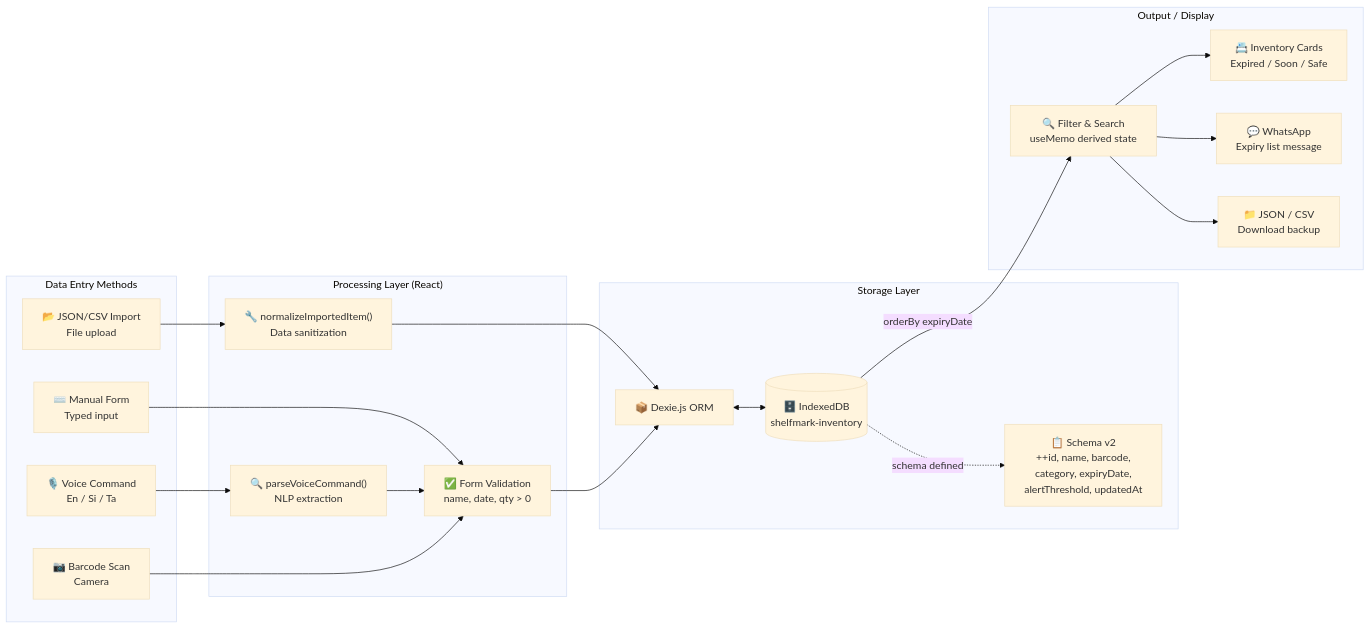
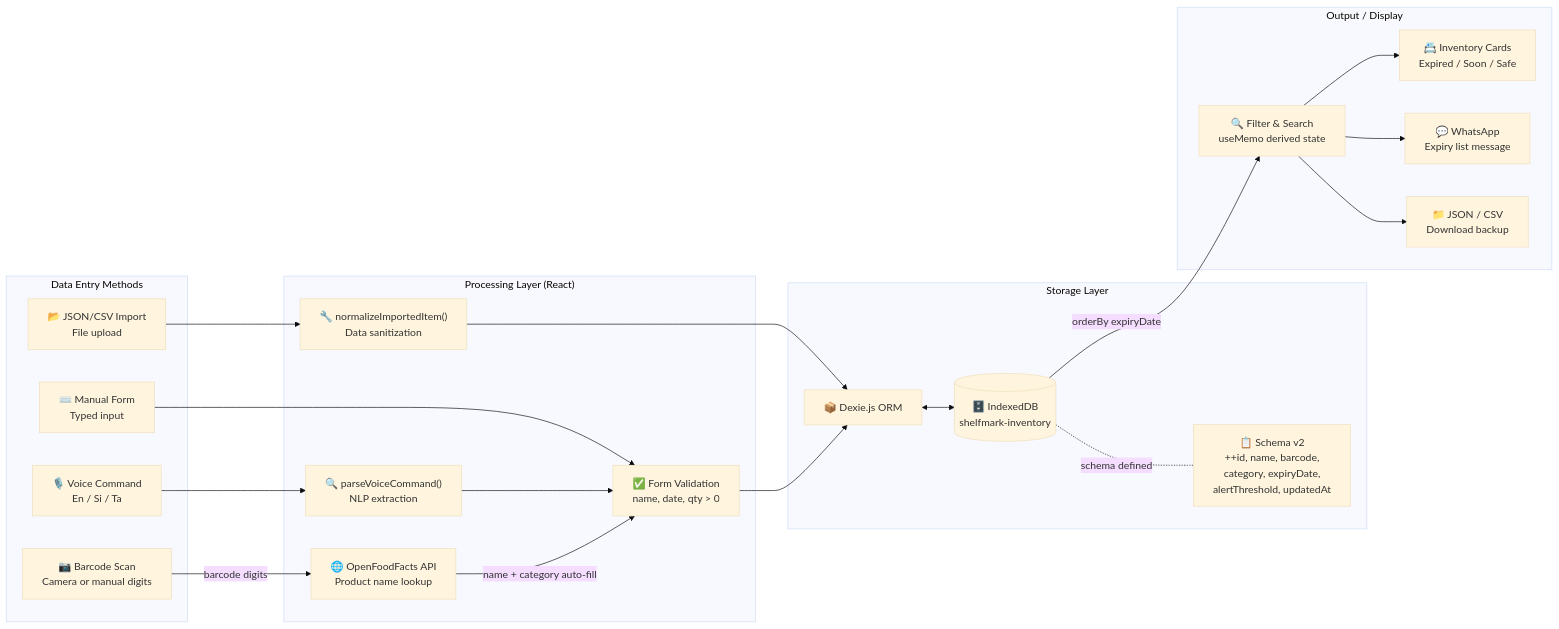
One commit to TechSavi69/expiery-stock-tracker-shelfmark changed the second of 8 diagrams in ARCHITECTURE.md. Above: the diagram before and after it, drawn with Mermaid (base theme). The commit also changed other lines of this file and 3 other files, not shown here.

Commit message:
fix: dynamic live date in hero; feat: barcode manual entry + OpenFoodFacts lookup; docs: update README & ARCHITECTURE with new features

````diff
--- a/ARCHITECTURE.md
+++ b/ARCHITECTURE.md
@@ -52,41 +55,43 @@
 ```mermaid
 flowchart LR
     subgraph INPUT["Data Entry Methods"]
         MANUAL["⌨️ Manual Form\nTyped input"]
         VOICE["🎙️ Voice Command\nEn / Si / Ta"]
-        SCAN["📷 Barcode Scan\nCamera"]
+        SCAN["📷 Barcode Scan\nCamera or manual digits"]
         IMPORT["📂 JSON/CSV Import\nFile upload"]
     end
 
     subgraph PROCESS["Processing Layer (React)"]
         PARSE["🔍 parseVoiceCommand()\nNLP extraction"]
         VALIDATE["✅ Form Validation\nname, date, qty > 0"]
         NORMALIZE["🔧 normalizeImportedItem()\nData sanitization"]
+        LOOKUP["🌐 OpenFoodFacts API\nProduct name lookup"]
     end
 
     subgraph STORAGE["Storage Layer"]
         DEXIE["📦 Dexie.js ORM"]
         IDB[("🗄️ IndexedDB\nshelfmark-inventory")]
         SCHEMA["📋 Schema v2\n++id, name, barcode,\ncategory, expiryDate,\nalertThreshold, updatedAt"]
     end
 
     subgraph OUTPUT["Output / Display"]
         FILTER["🔍 Filter & Search\nuseMemo derived state"]
         CARDS["📇 Inventory Cards\nExpired / Soon / Safe"]
         EXPORT_W["💬 WhatsApp\nExpiry list message"]
         EXPORT_F["📁 JSON / CSV\nDownload backup"]
     end
 
     MANUAL --> VALIDATE
     VOICE --> PARSE --> VALIDATE
-    SCAN --> VALIDATE
+    SCAN -->|"barcode digits"| LOOKUP
+    LOOKUP -->|"name + category auto-fill"| VALIDATE
     IMPORT --> NORMALIZE --> DEXIE
 
     VALIDATE --> DEXIE
     DEXIE <--> IDB
-    IDB -.->|"schema defined"| SCHEMA
+    IDB -.-|"schema defined"| SCHEMA
     IDB -->|"orderBy expiryDate"| FILTER
     FILTER --> CARDS
     FILTER --> EXPORT_W
     FILTER --> EXPORT_F
 ```
````
